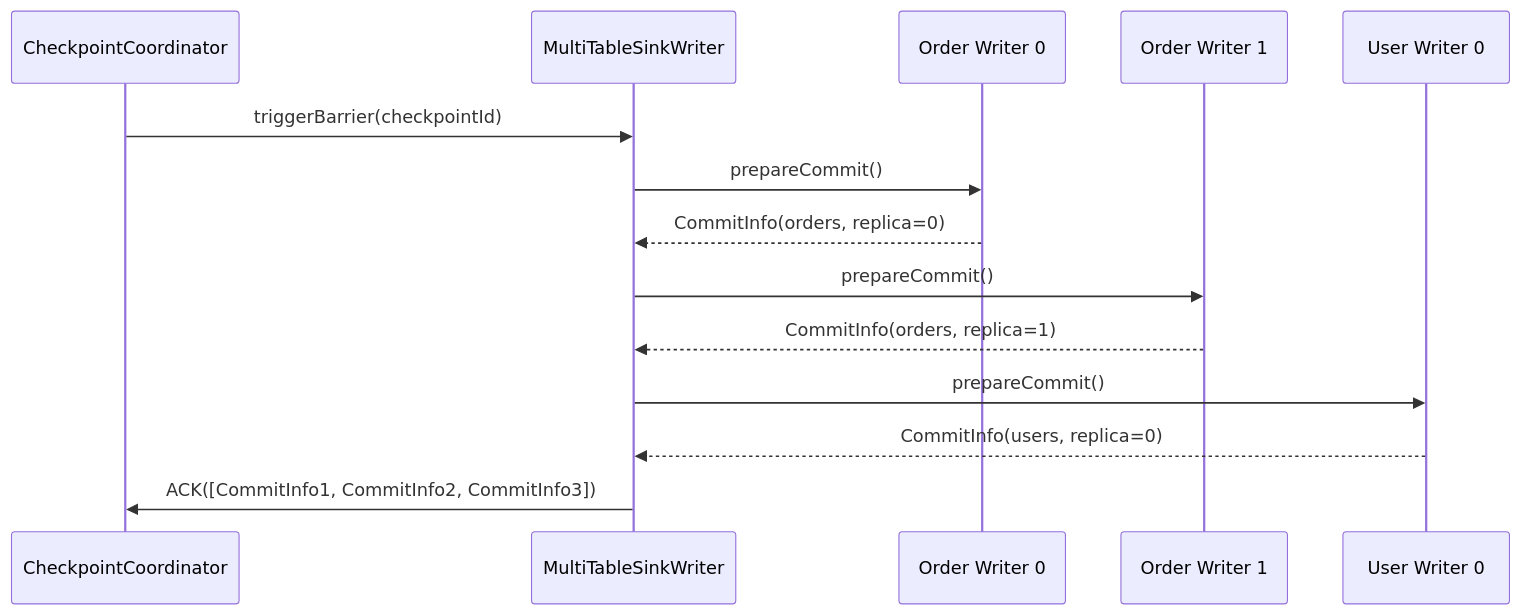
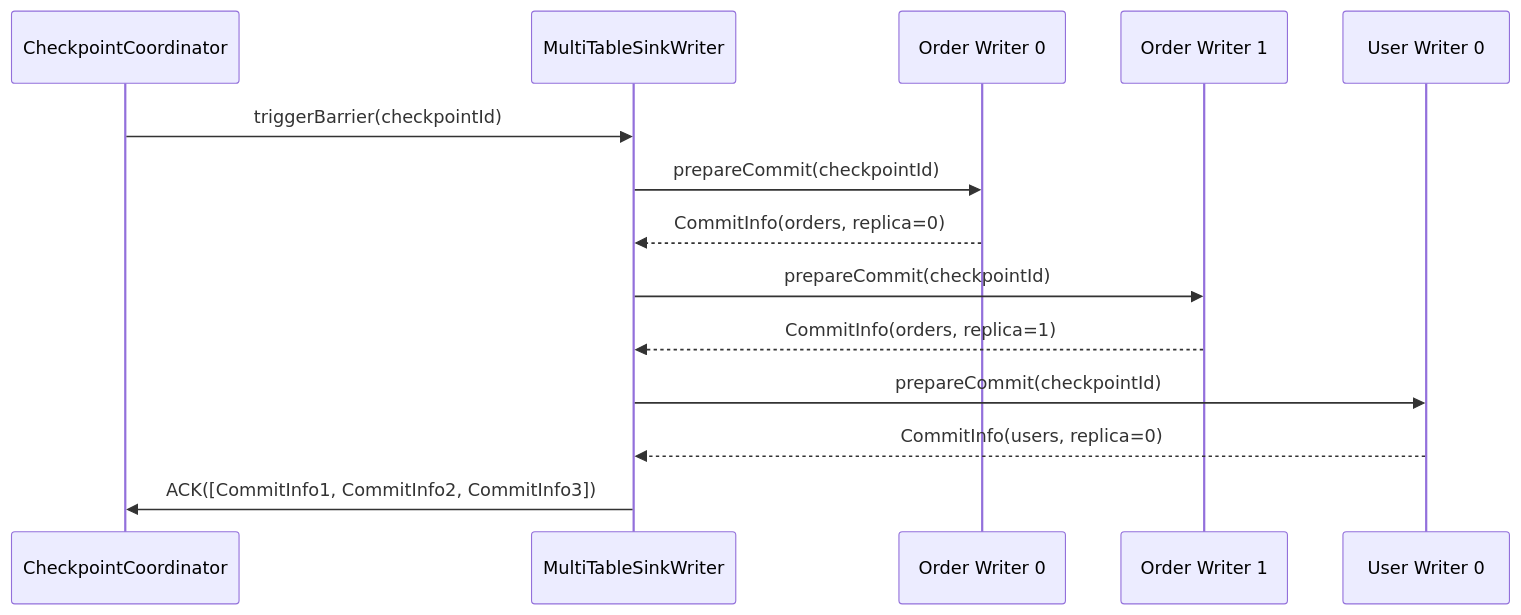
Before and after one commit to apache/seatunnel: the second of 2 diagrams in docs/en/architecture/data-flow/multi-table.md, drawn with Mermaid. The commit also changed other lines of this file and 12 other files, not shown here.

Commit message:
docs: align EN architecture docs with Zeta implementation

````diff
--- a/docs/en/architecture/data-flow/multi-table.md
+++ b/docs/en/architecture/data-flow/multi-table.md
@@ -534,21 +521,21 @@
 ```mermaid
 sequenceDiagram
     participant CP as CheckpointCoordinator
     participant Writer as MultiTableSinkWriter
     participant W1 as Order Writer 0
     participant W2 as Order Writer 1
     participant W3 as User Writer 0
 
     CP->>Writer: triggerBarrier(checkpointId)
 
-    Writer->>W1: prepareCommit()
+    Writer->>W1: prepareCommit(checkpointId)
     W1-->>Writer: CommitInfo(orders, replica=0)
 
-    Writer->>W2: prepareCommit()
+    Writer->>W2: prepareCommit(checkpointId)
     W2-->>Writer: CommitInfo(orders, replica=1)
 
-    Writer->>W3: prepareCommit()
+    Writer->>W3: prepareCommit(checkpointId)
     W3-->>Writer: CommitInfo(users, replica=0)
 
     Writer->>CP: ACK([CommitInfo1, CommitInfo2, CommitInfo3])
 ```
````
